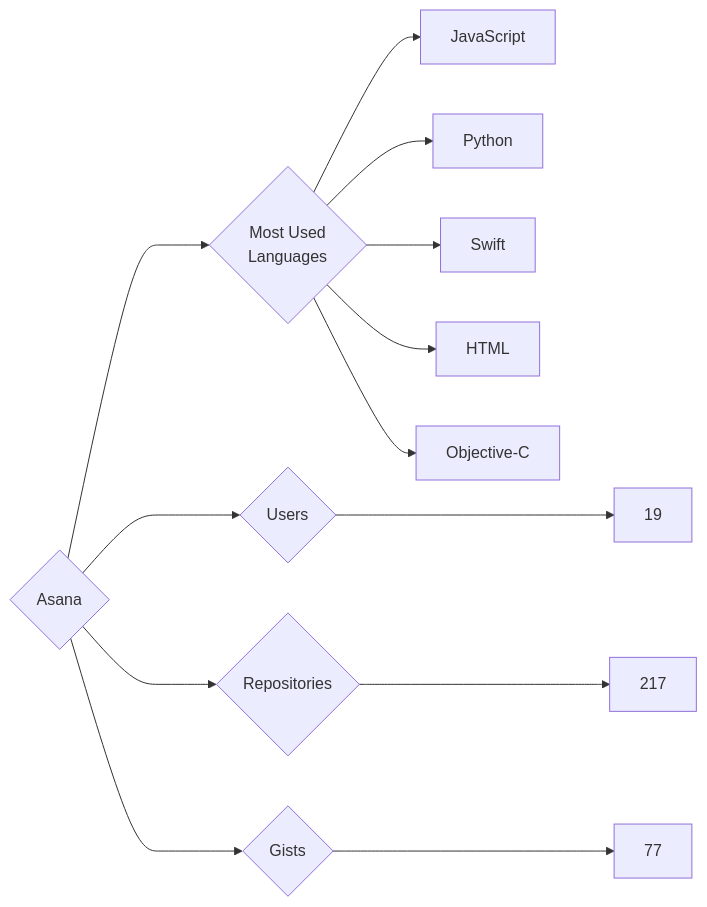
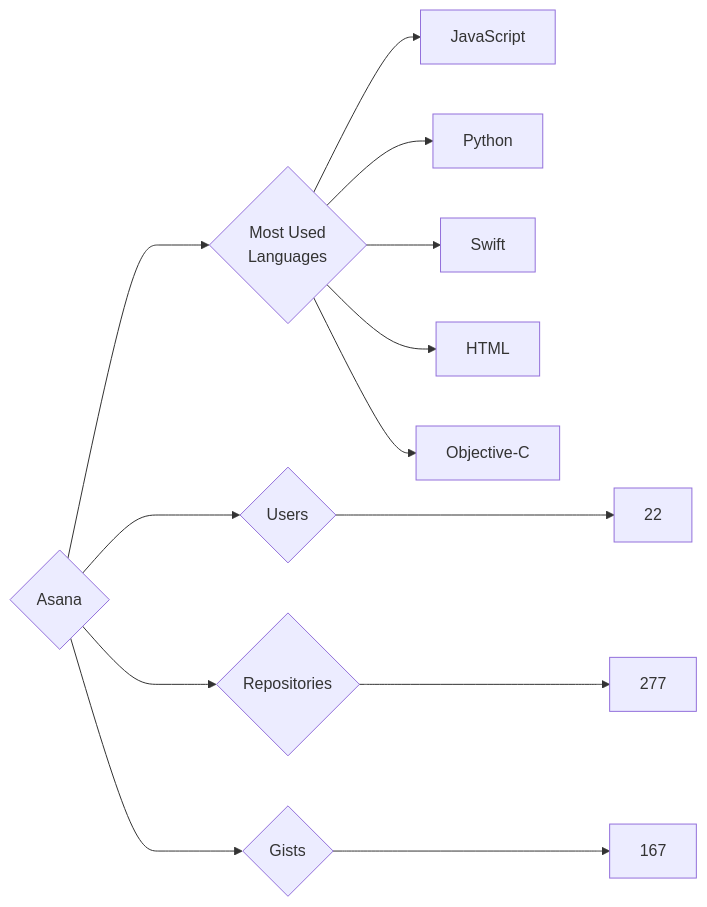
One commit to trickest/insiders changed the diagram in targets/Asana/README.md. Above: the diagram before and after it, drawn with Mermaid. The commit also changed 1030 other files, not shown here.

````diff
--- a/targets/Asana/README.md
+++ b/targets/Asana/README.md
@@ -3,13 +3,13 @@
 ```mermaid
 graph LR
 COMPANY_NAME{Asana}
-COMPANY_NAME ---> U{Users} ---> UN[19]
-COMPANY_NAME ---> R{Repositories} ---> RN[217]
-COMPANY_NAME ---> G{Gists} ---> GN[77]
+COMPANY_NAME ---> U{Users} ---> UN[22]
+COMPANY_NAME ---> R{Repositories} ---> RN[277]
+COMPANY_NAME ---> G{Gists} ---> GN[167]
 COMPANY_NAME ---> ML{Most Used<br>Languages}
 ML --> JavaScript[JavaScript]
 ML --> Python[Python]
 ML --> Swift[Swift]
 ML --> HTML[HTML]
 ML --> Objective-C[Objective-C]
 ```
````
